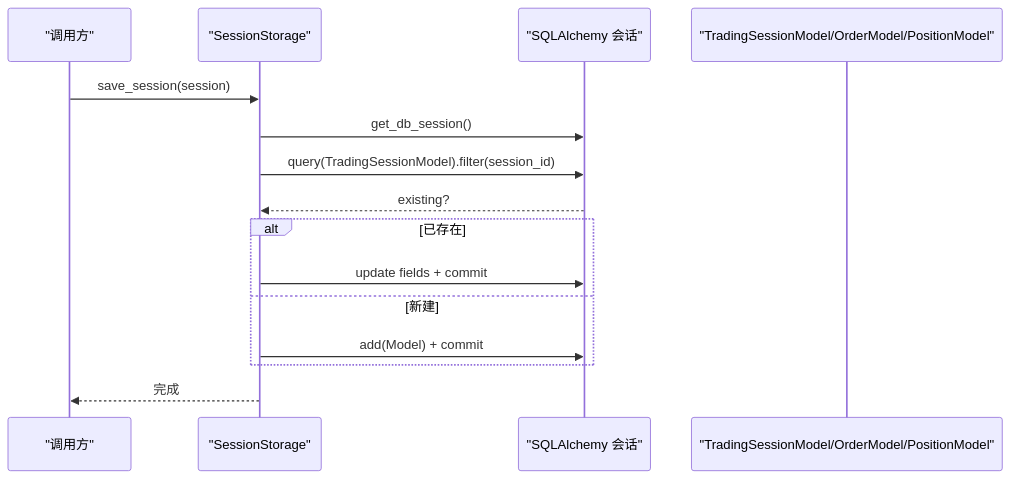
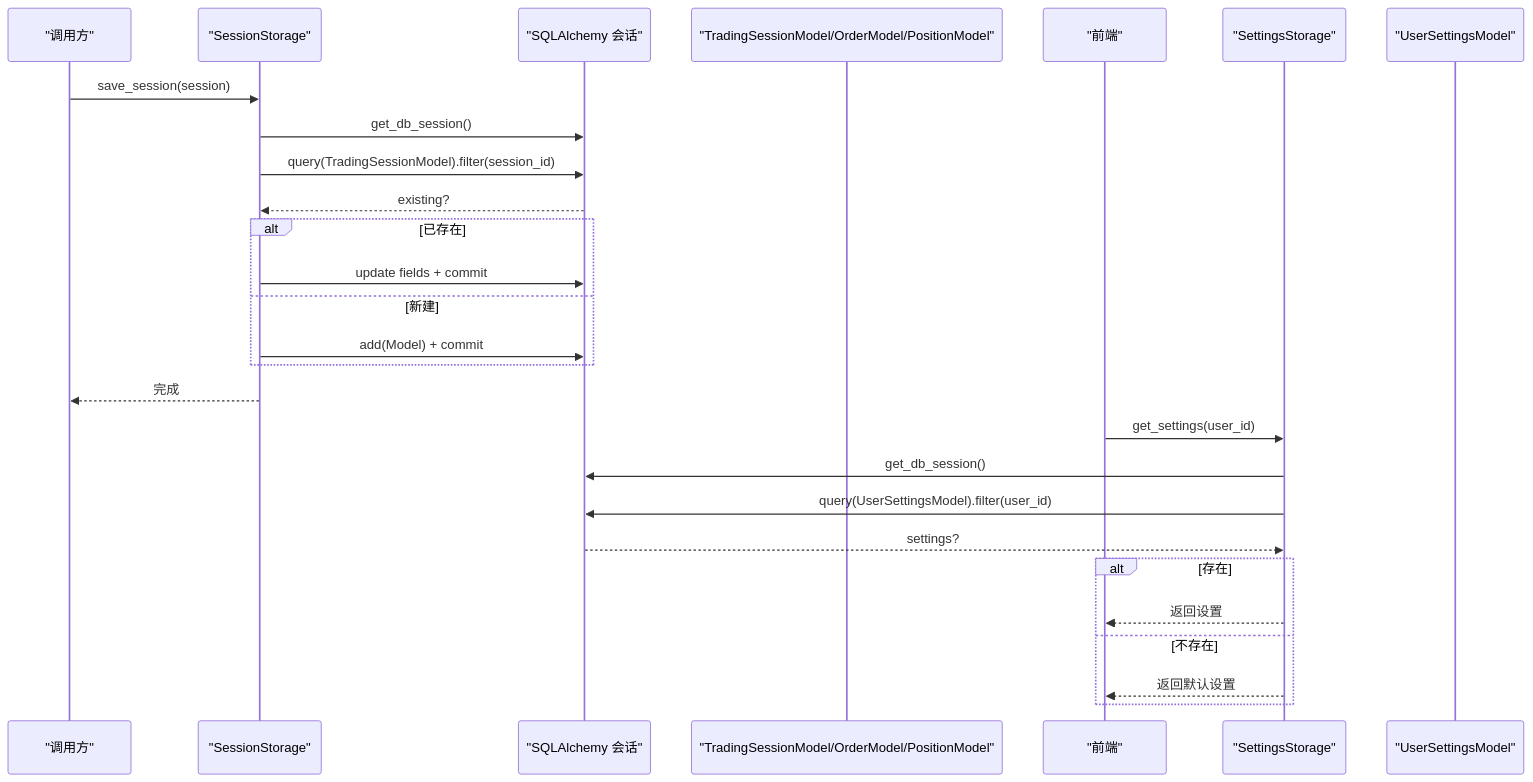
The second of 10 diagrams in .qoder/repowiki/zh/content/后端架构/数据模型/数据模型.md (faryhuo/backtrader), drawn with Mermaid before and after one commit. The commit also changed other lines of this file and 17 other files, not shown here.

````diff
--- a/.qoder/repowiki/zh/content/后端架构/数据模型/数据模型.md
+++ b/.qoder/repowiki/zh/content/后端架构/数据模型/数据模型.md
@@ -225,17 +265,29 @@
 ```mermaid
 sequenceDiagram
 participant Caller as "调用方"
 participant Storage as "SessionStorage"
 participant DB as "SQLAlchemy 会话"
 participant Model as "TradingSessionModel/OrderModel/PositionModel"
 Caller->>Storage : save_session(session)
 Storage->>DB : get_db_session()
 Storage->>DB : query(TradingSessionModel).filter(session_id)
 DB-->>Storage : existing?
 alt 已存在
 Storage->>DB : update fields + commit
 else 新建
 Storage->>DB : add(Model) + commit
 end
 Storage-->>Caller : 完成
+participant SettingsCaller as "前端"
+participant SettingsStorage as "SettingsStorage"
+participant SettingsModel as "UserSettingsModel"
+SettingsCaller->>SettingsStorage : get_settings(user_id)
+SettingsStorage->>DB : get_db_session()
+SettingsStorage->>DB : query(UserSettingsModel).filter(user_id)
+DB-->>SettingsStorage : settings?
+alt 存在
+SettingsStorage-->>SettingsCaller : 返回设置
+else 不存在
+SettingsStorage-->>SettingsCaller : 返回默认设置
+end
 ```
````
